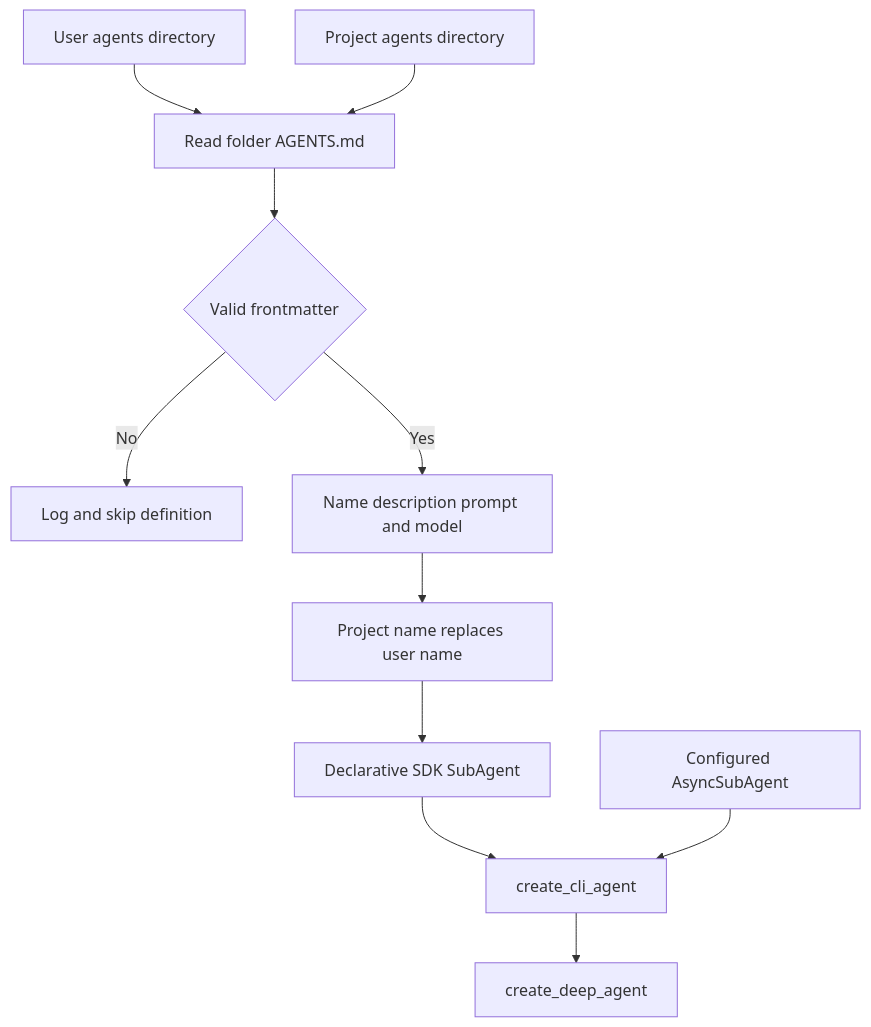
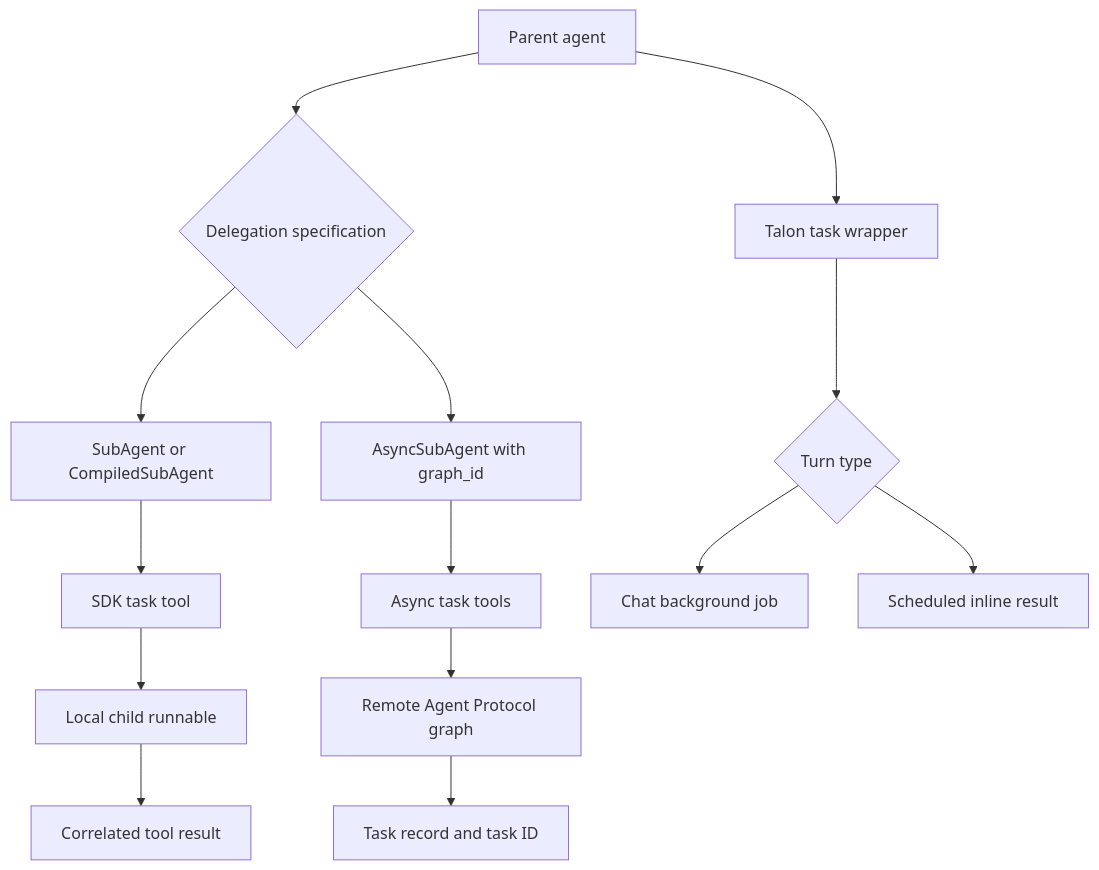
The first of 2 diagrams in openwiki/concepts/subagents-skills.md (langchain-ai/deepagents), drawn with Mermaid before and after one commit. The commit also changed other lines of this file and 46 other files, not shown here.

````diff
--- a/openwiki/concepts/subagents-skills.md
+++ b/openwiki/concepts/subagents-skills.md
@@ -31,13 +48,16 @@
 ```mermaid
 flowchart TD
-    User["User agents directory"] --> Load["Read folder AGENTS.md"]
-    Project["Project agents directory"] --> Load
-    Load --> Validate{"Valid frontmatter"}
-    Validate -->|No| Skip["Log and skip definition"]
-    Validate -->|Yes| Metadata["Name description prompt and model"]
-    Metadata --> Merge["Project name replaces user name"]
-    Merge --> Child["Declarative SDK SubAgent"]
-    Child --> Assemble["create_cli_agent"]
-    Remote["Configured AsyncSubAgent"] --> Assemble
-    Assemble --> SDK["create_deep_agent"]
+    Parent["Parent agent"] --> Choice{"Delegation specification"}
+    Choice --> Local["SubAgent or CompiledSubAgent"]
+    Local --> Task["SDK task tool"]
+    Task --> Child["Local child runnable"]
+    Child --> LocalResult["Correlated tool result"]
+    Choice --> Remote["AsyncSubAgent with graph_id"]
+    Remote --> AsyncTools["Async task tools"]
+    AsyncTools --> Server["Remote Agent Protocol graph"]
+    Server --> Record["Task record and task ID"]
+    Parent --> Talon["Talon task wrapper"]
+    Talon --> Turn{"Turn type"}
+    Turn --> Chat["Chat background job"]
+    Turn --> Schedule["Scheduled inline result"]
 ```
````
